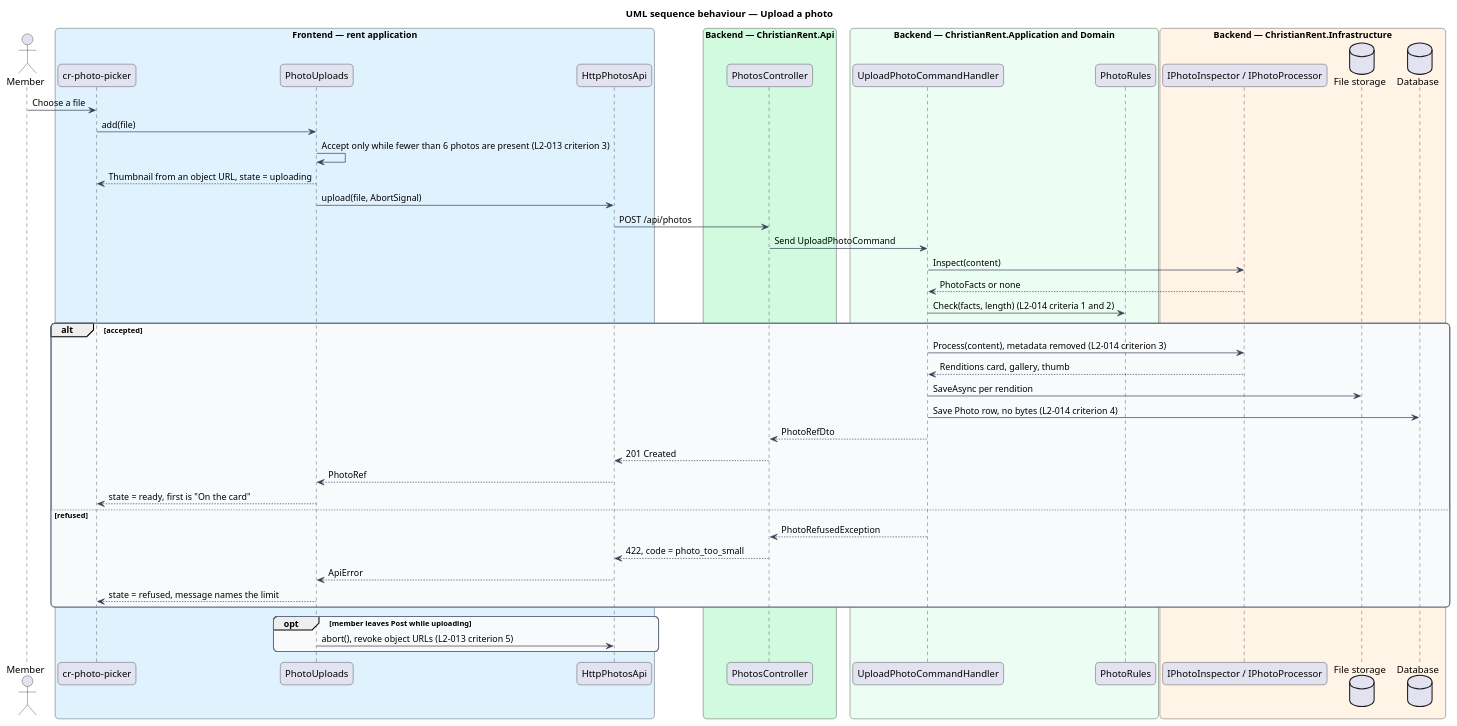
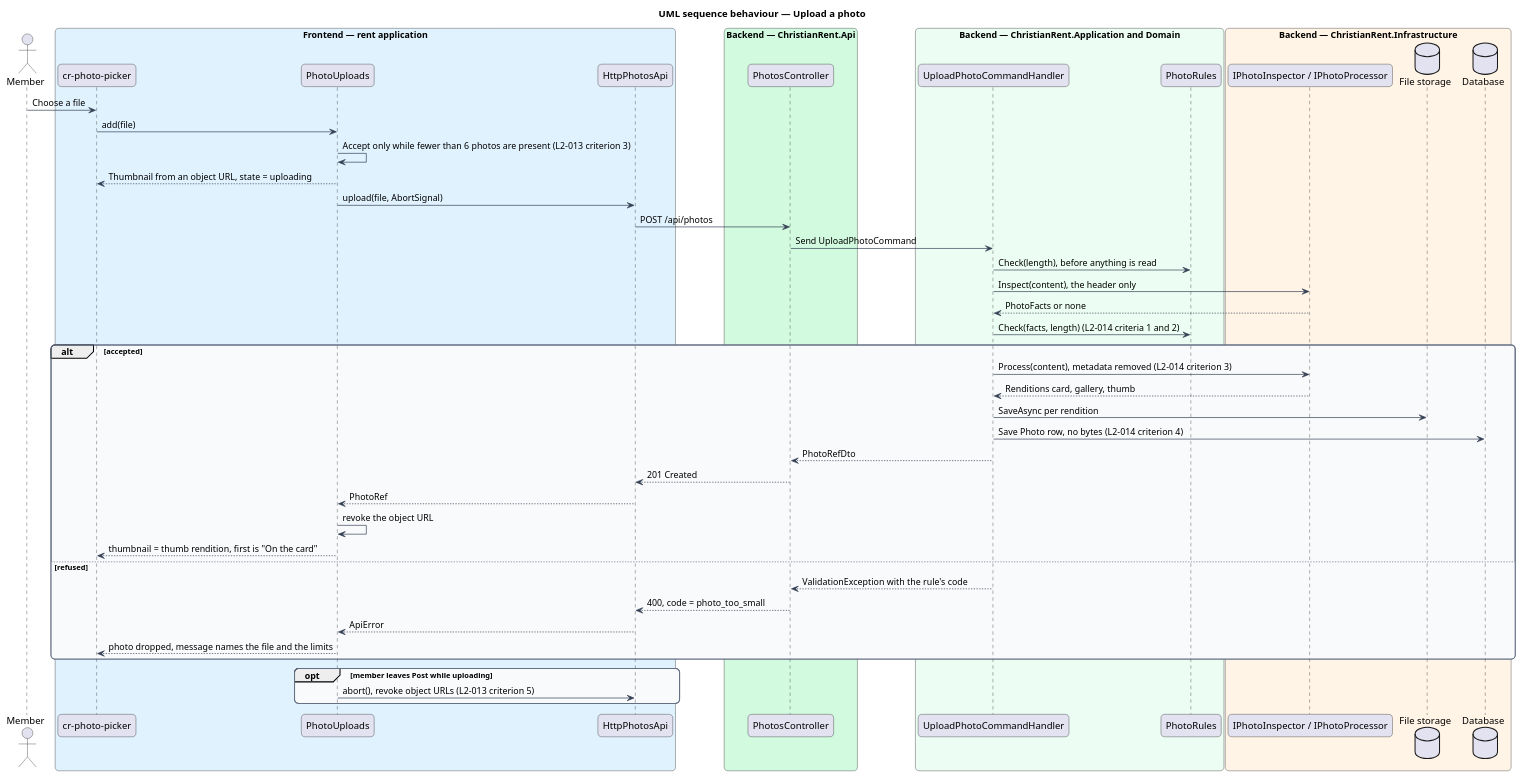
Before and after one commit to QuinntyneBrown/christian-rent: the diagram in docs/detailed-designs/post/add-photos/diagrams/sequence-upload-photo.puml, drawn with PlantUML. The commit also changed 33 other files, not shown here.

```diff
--- a/docs/detailed-designs/post/add-photos/diagrams/sequence-upload-photo.puml
+++ b/docs/detailed-designs/post/add-photos/diagrams/sequence-upload-photo.puml
@@ -1,63 +1,65 @@
 @startuml
 title UML sequence behaviour — Upload a photo
 skinparam backgroundColor #FFFFFF
 skinparam shadowing false
 skinparam roundcorner 12
 skinparam defaultFontName Arial
 skinparam ArrowColor #344054
 skinparam rectangle {
   BorderColor #344054
   FontColor #101828
 }
 skinparam package {
   BorderColor #667085
   FontColor #101828
   BackgroundColor #F9FAFB
 }
 actor "Member" as actor
 box "Frontend — rent application" #E0F2FE
   participant "cr-photo-picker" as picker
   participant "PhotoUploads" as uploads
   participant "HttpPhotosApi" as client
 end box
 box "Backend — ChristianRent.Api" #D1FADF
   participant "PhotosController" as ctrl
 end box
 box "Backend — ChristianRent.Application and Domain" #ECFDF3
   participant "UploadPhotoCommandHandler" as handler
   participant "PhotoRules" as rules
 end box
 box "Backend — ChristianRent.Infrastructure" #FFF4E5
   participant "IPhotoInspector / IPhotoProcessor" as insp
   database "File storage" as files
   database "Database" as db
 end box
 actor -> picker : Choose a file
 picker -> uploads : add(file)
 uploads -> uploads : Accept only while fewer than 6 photos are present (L2-013 criterion 3)
 uploads --> picker : Thumbnail from an object URL, state = uploading
 uploads -> client : upload(file, AbortSignal)
 client -> ctrl : POST /api/photos
 ctrl -> handler : Send UploadPhotoCommand
-handler -> insp : Inspect(content)
+handler -> rules : Check(length), before anything is read
+handler -> insp : Inspect(content), the header only
 insp --> handler : PhotoFacts or none
 handler -> rules : Check(facts, length) (L2-014 criteria 1 and 2)
 alt accepted
   handler -> insp : Process(content), metadata removed (L2-014 criterion 3)
   insp --> handler : Renditions card, gallery, thumb
   handler -> files : SaveAsync per rendition
   handler -> db : Save Photo row, no bytes (L2-014 criterion 4)
   handler --> ctrl : PhotoRefDto
   ctrl --> client : 201 Created
   client --> uploads : PhotoRef
-  uploads --> picker : state = ready, first is "On the card"
+  uploads -> uploads : revoke the object URL
+  uploads --> picker : thumbnail = thumb rendition, first is "On the card"
 else refused
-  handler --> ctrl : PhotoRefusedException
-  ctrl --> client : 422, code = photo_too_small
+  handler --> ctrl : ValidationException with the rule's code
+  ctrl --> client : 400, code = photo_too_small
   client --> uploads : ApiError
-  uploads --> picker : state = refused, message names the limit
+  uploads --> picker : photo dropped, message names the file and the limits
 end
 opt member leaves Post while uploading
   uploads -> client : abort(), revoke object URLs (L2-013 criterion 5)
 end
 @enduml
```
